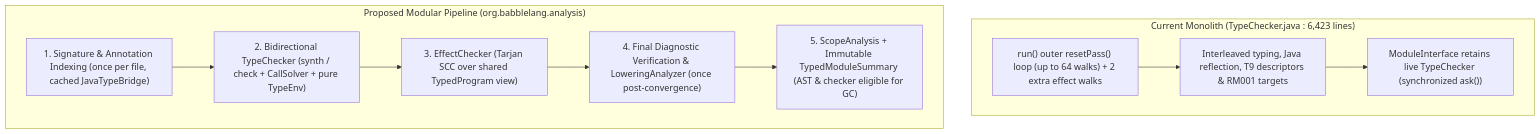
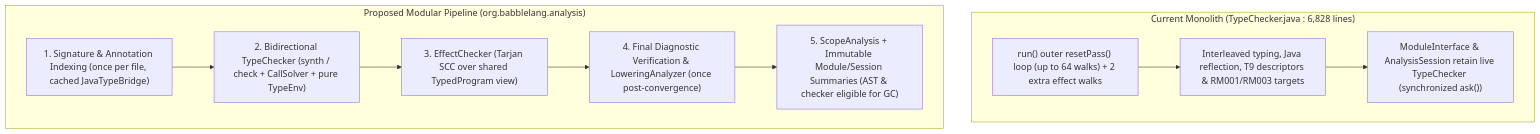
Before and after one commit to nlehuen/babble: the diagram in docs/design/bip010_type-checker-simplification.md, drawn with Mermaid. The commit also changed other lines of this file and 2 other files, not shown here.

Commit message:
Docs : update BIP010 for RM003 lowering and session owners

````diff
--- a/docs/design/bip010_type-checker-simplification.md
+++ b/docs/design/bip010_type-checker-simplification.md
@@ -182,18 +182,18 @@
 ```mermaid
 flowchart TD
-    subgraph Current["Current Monolith (TypeChecker.java : 6,423 lines)"]
+    subgraph Current["Current Monolith (TypeChecker.java : 6,828 lines)"]
         C1["run() outer resetPass() loop (up to 64 walks) + 2 extra effect walks"]
-        C2["Interleaved typing, Java reflection, T9 descriptors & RM001 targets"]
-        C3["ModuleInterface retains live TypeChecker (synchronized ask())"]
+        C2["Interleaved typing, Java reflection, T9 descriptors & RM001/RM003 targets"]
+        C3["ModuleInterface & AnalysisSession retain live TypeChecker (synchronized ask())"]
         C1 --> C2 --> C3
     end
 
     subgraph Proposed["Proposed Modular Pipeline (org.babblelang.analysis)"]
         P0["1. Signature & Annotation Indexing (once per file, cached JavaTypeBridge)"]
         P1["2. Bidirectional TypeChecker (synth / check + CallSolver + pure TypeEnv)"]
         P2["3. EffectChecker (Tarjan SCC over shared TypedProgram view)"]
         P3["4. Final Diagnostic Verification & LoweringAnalyzer (once post-convergence)"]
-        P4["5. ScopeAnalysis + Immutable TypedModuleSummary (AST & checker eligible for GC)"]
+        P4["5. ScopeAnalysis + Immutable Module/Session Summaries (AST & checker eligible for GC)"]
         P0 --> P1 --> P2 --> P3 --> P4
     end
 ```
````
